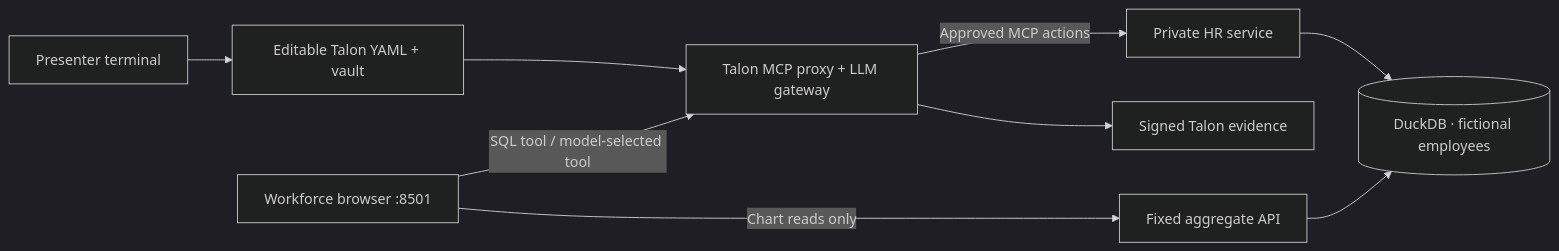
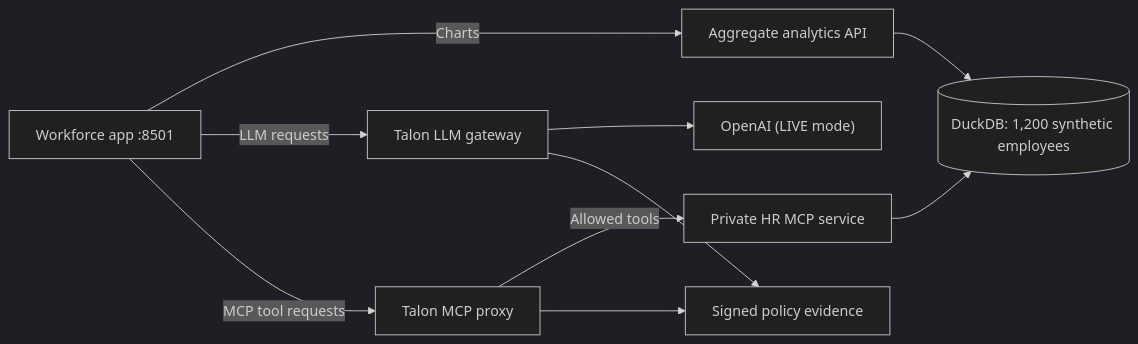
The diagram in cases/people-analytics-copilot/README.md (dativo-io/talon-full-demo), drawn with Mermaid (dark theme) before and after one commit. The commit also changed other lines of this file and 12 other files, not shown here.

````diff
--- a/cases/people-analytics-copilot/README.md
+++ b/cases/people-analytics-copilot/README.md
@@ -11,11 +9,12 @@
 ```mermaid
 flowchart LR
-    P["Presenter terminal"] --> C["Editable Talon YAML + vault"]
-    C --> T["Talon MCP proxy + LLM gateway"]
-    U["Workforce browser :8501"] -->|"SQL tool / model-selected tool"| T
-    U -->|"Chart reads only"| A["Fixed aggregate API"]
-    T -->|"Approved MCP actions"| H["Private HR service"]
-    H --> D[("DuckDB · fictional employees")]
-    A --> D
-    T --> E["Signed Talon evidence"]
+    W["Workforce app :8501"] -->|"Charts"| A["Aggregate analytics API"]
+    A --> D[("DuckDB: 1,200 synthetic employees")]
+    W -->|"LLM requests"| G["Talon LLM gateway"]
+    W -->|"MCP tool requests"| M["Talon MCP proxy"]
+    G --> O["OpenAI (LIVE mode)"]
+    M -->|"Allowed tools"| H["Private HR MCP service"]
+    H --> D
+    M --> E["Signed policy evidence"]
+    G --> E
 ```
````
